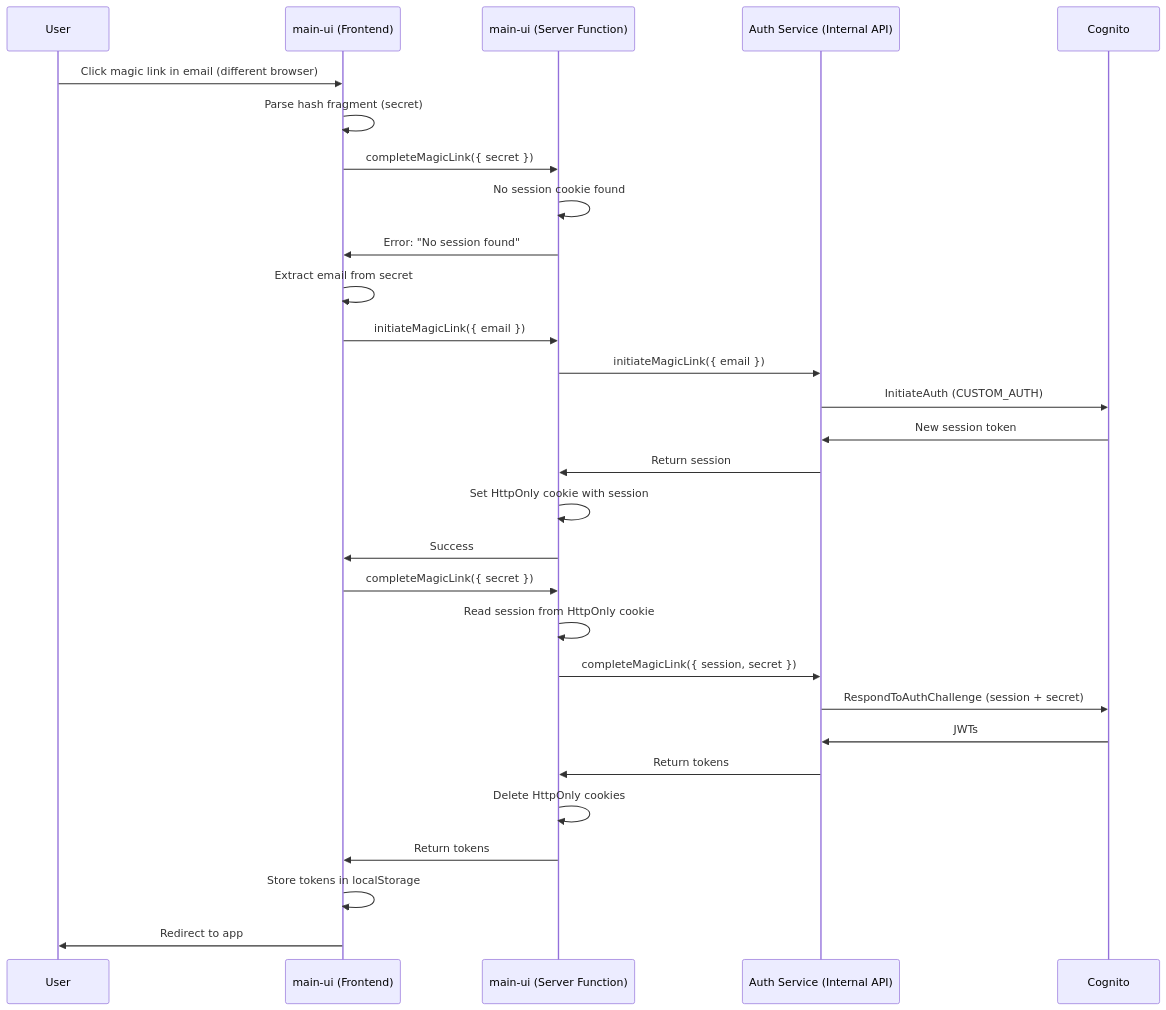
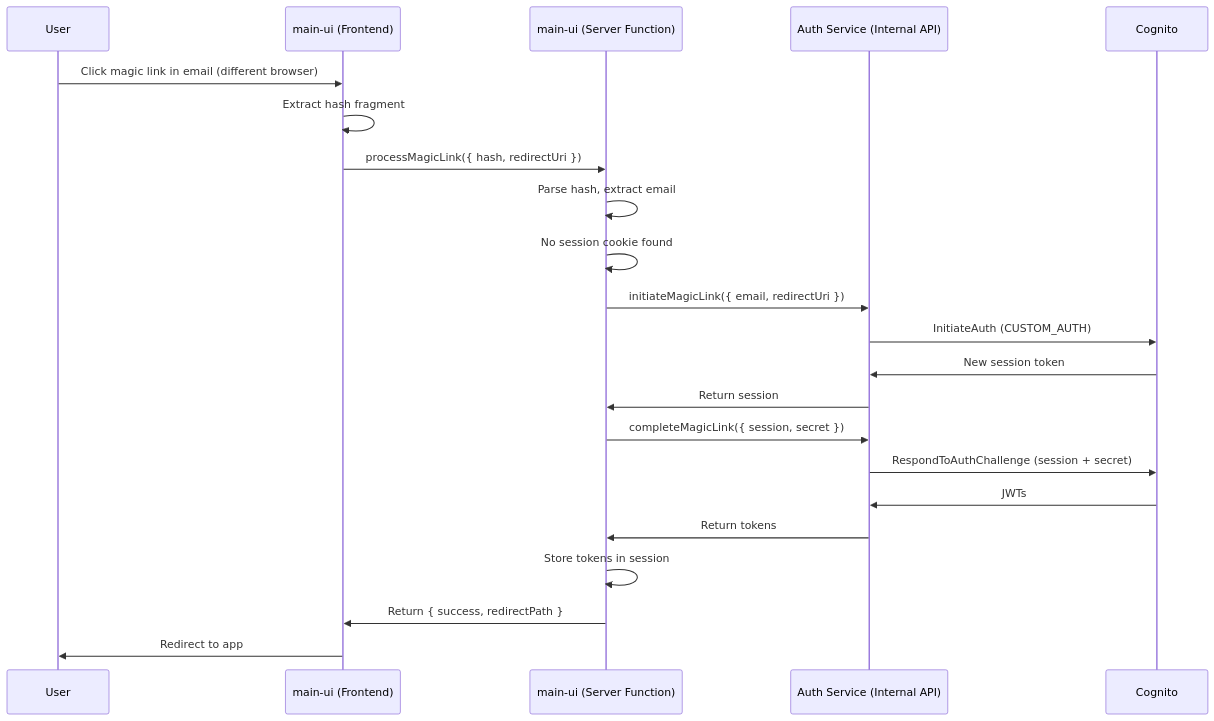
The second of 2 diagrams in docs/auth.md (wdi-lab/monorepo), drawn with Mermaid before and after one commit. The commit also changed other lines of this file and 10 other files, not shown here.

Commit message:
fix magic link

````diff
--- a/docs/auth.md
+++ b/docs/auth.md
@@ -331,32 +331,25 @@
 ```mermaid
 sequenceDiagram
     participant User
     participant MainUI as main-ui (Frontend)
     participant ServerFn as main-ui (Server Function)
     participant AuthAPI as Auth Service (Internal API)
     participant Cognito
 
     User->>MainUI: Click magic link in email (different browser)
-    MainUI->>MainUI: Parse hash fragment (secret)
-    MainUI->>ServerFn: completeMagicLink({ secret })
+    MainUI->>MainUI: Extract hash fragment
+    MainUI->>ServerFn: processMagicLink({ hash, redirectUri })
+    ServerFn->>ServerFn: Parse hash, extract email
     ServerFn->>ServerFn: No session cookie found
-    ServerFn->>MainUI: Error: "No session found"
-    MainUI->>MainUI: Extract email from secret
-    MainUI->>ServerFn: initiateMagicLink({ email })
-    ServerFn->>AuthAPI: initiateMagicLink({ email })
+    ServerFn->>AuthAPI: initiateMagicLink({ email, redirectUri })
     AuthAPI->>Cognito: InitiateAuth (CUSTOM_AUTH)
     Cognito->>AuthAPI: New session token
     AuthAPI->>ServerFn: Return session
-    ServerFn->>ServerFn: Set HttpOnly cookie with session
-    ServerFn->>MainUI: Success
-    MainUI->>ServerFn: completeMagicLink({ secret })
-    ServerFn->>ServerFn: Read session from HttpOnly cookie
     ServerFn->>AuthAPI: completeMagicLink({ session, secret })
     AuthAPI->>Cognito: RespondToAuthChallenge (session + secret)
     Cognito->>AuthAPI: JWTs
     AuthAPI->>ServerFn: Return tokens
-    ServerFn->>ServerFn: Delete HttpOnly cookies
-    ServerFn->>MainUI: Return tokens
-    MainUI->>MainUI: Store tokens in localStorage
+    ServerFn->>ServerFn: Store tokens in session
+    ServerFn->>MainUI: Return { success, redirectPath }
     MainUI->>User: Redirect to app
 ```
````
